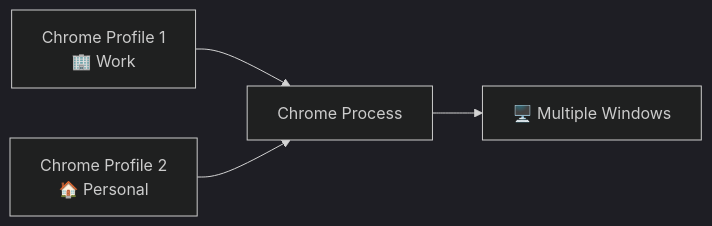
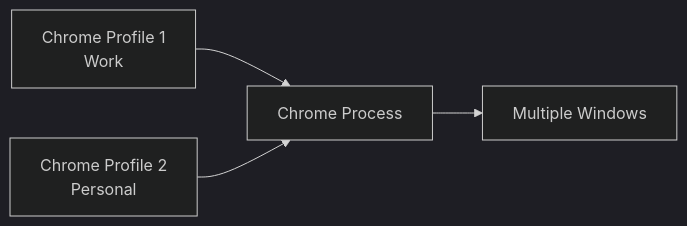
One commit to tnkrueckergreen/chrome-session-manager changed the diagram in README.md. Above: the diagram before and after it, drawn with Mermaid (dark theme). The commit also changed other lines of this file, not shown here.

````diff
--- a/README.md
+++ b/README.md
@@ -269,6 +270,6 @@
 ```mermaid
 graph LR
-    A[Chrome Profile 1<br/>🏢 Work] --> C[Chrome Process]
-    B[Chrome Profile 2<br/>🏠 Personal] --> C
-    C --> D[🖥️ Multiple Windows]
+    A[Chrome Profile 1<br/>Work] --> C[Chrome Process]
+    B[Chrome Profile 2<br/>Personal] --> C
+    C --> D[Multiple Windows]
 ```
````
